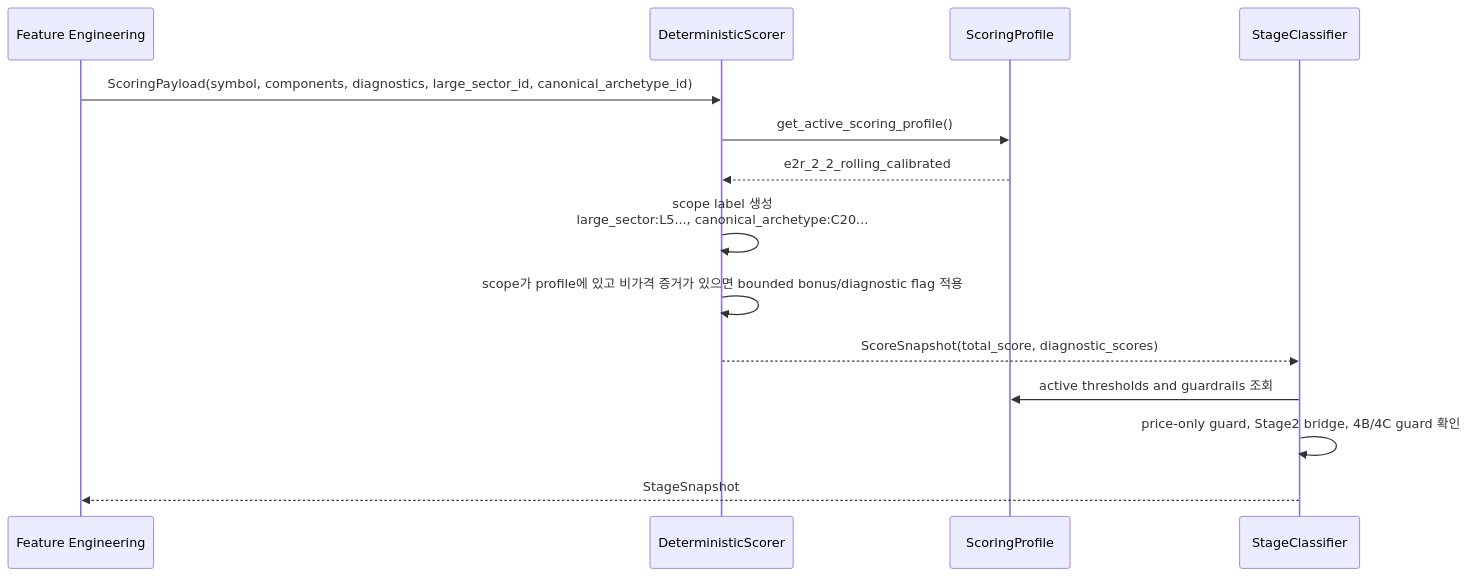
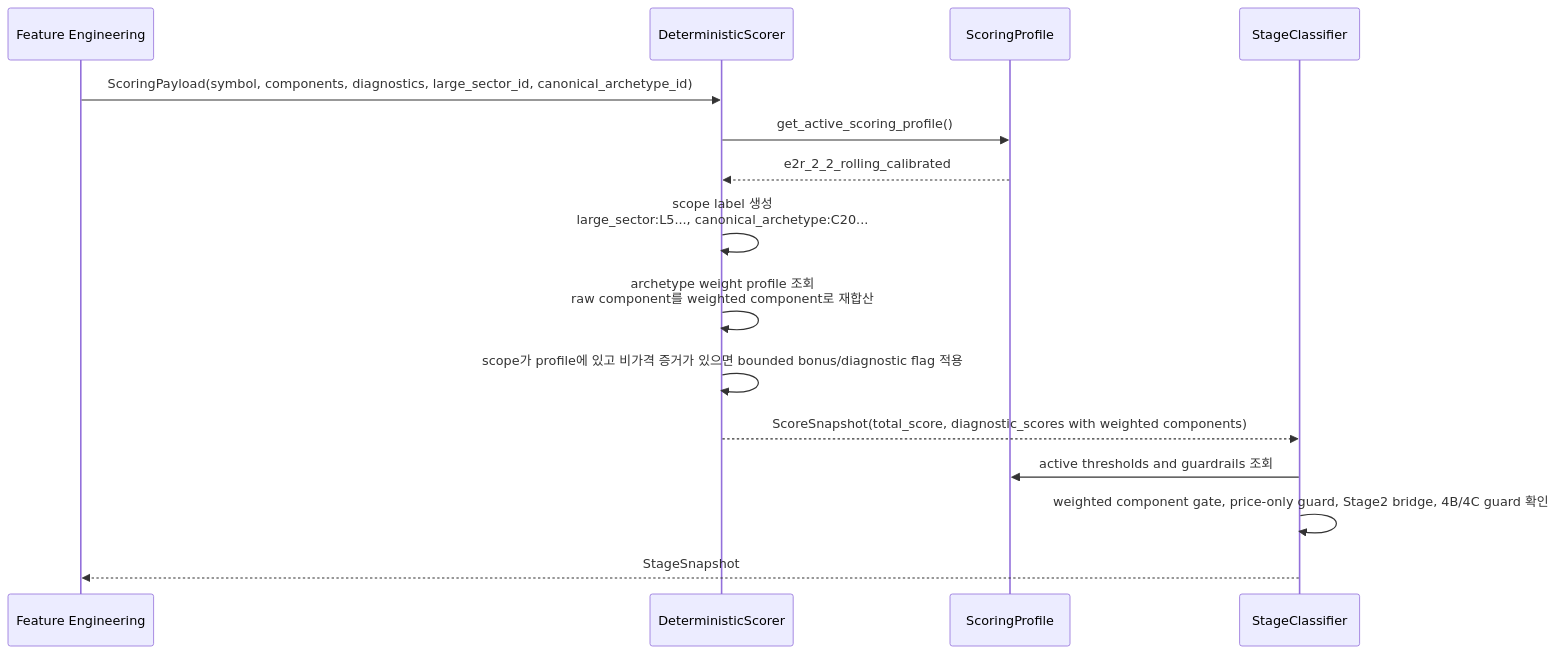
One commit to Daikisong/stock_agent changed the second of 2 diagrams in docs/core/v12_rolling_calibration_architecture.md. Above: the diagram before and after it, drawn with Mermaid. The commit also changed other lines of this file and 12 other files, not shown here.

````diff
--- a/docs/core/v12_rolling_calibration_architecture.md
+++ b/docs/core/v12_rolling_calibration_architecture.md
@@ -163,16 +213,17 @@
 ```mermaid
 sequenceDiagram
     participant FE as Feature Engineering
     participant S as DeterministicScorer
     participant P as ScoringProfile
     participant C as StageClassifier
     FE->>S: ScoringPayload(symbol, components, diagnostics, large_sector_id, canonical_archetype_id)
     S->>P: get_active_scoring_profile()
     P-->>S: e2r_2_2_rolling_calibrated
     S->>S: scope label 생성<br/>large_sector:L5..., canonical_archetype:C20...
+    S->>S: archetype weight profile 조회<br/>raw component를 weighted component로 재합산
     S->>S: scope가 profile에 있고 비가격 증거가 있으면 bounded bonus/diagnostic flag 적용
-    S-->>C: ScoreSnapshot(total_score, diagnostic_scores)
+    S-->>C: ScoreSnapshot(total_score, diagnostic_scores with weighted components)
     C->>P: active thresholds and guardrails 조회
-    C->>C: price-only guard, Stage2 bridge, 4B/4C guard 확인
+    C->>C: weighted component gate, price-only guard, Stage2 bridge, 4B/4C guard 확인
     C-->>FE: StageSnapshot
 ```
````
